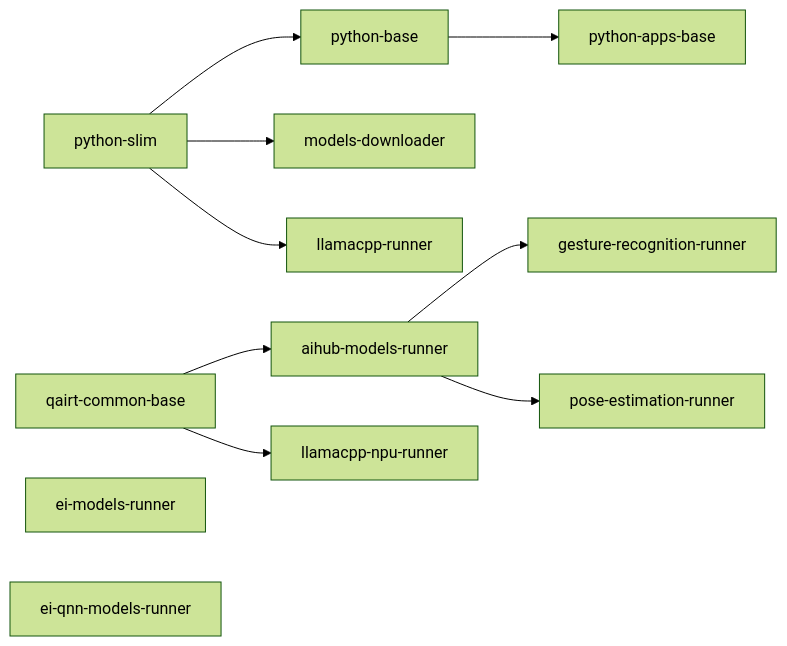
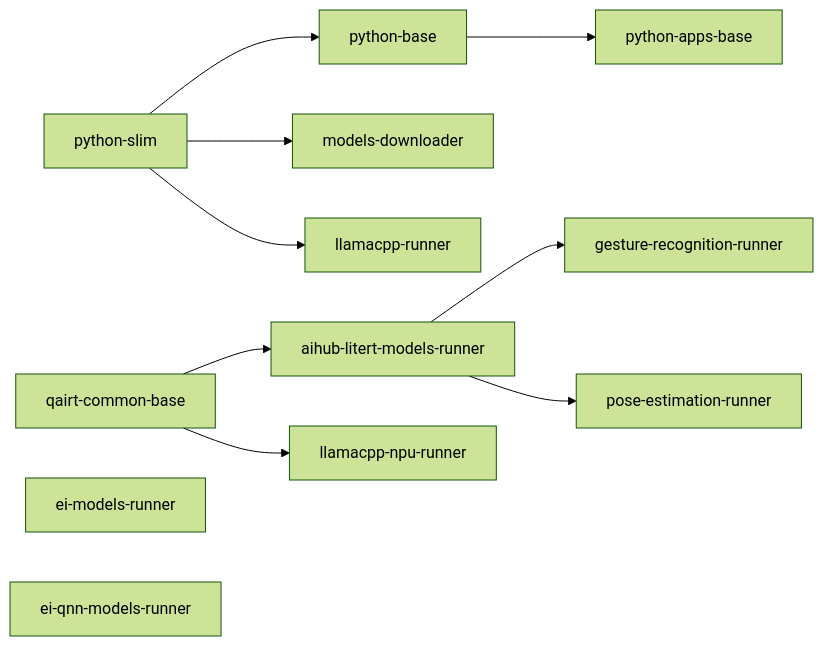
The diagram in containers/README.md (arduino/app-bricks-py), drawn with Mermaid (forest theme) before and after one commit. The commit also changed other lines of this file and 48 other files, not shown here.

````diff
--- a/containers/README.md
+++ b/containers/README.md
@@ -43,11 +43,11 @@
 ```mermaid
 graph LR
   slim[python-slim] --> base[python-base] --> apps[python-apps-base]
   slim --> dl[models-downloader]
   slim --> lcpp[llamacpp-runner]
-  qairt[qairt-common-base] --> aihub[aihub-models-runner] --> gesture[gesture-recognition-runner]
+  qairt[qairt-common-base] --> aihub[aihub-litert-models-runner] --> gesture[gesture-recognition-runner]
   aihub --> pose[pose-estimation-runner]
   qairt --> lcppnpu[llamacpp-npu-runner]
   ei[ei-models-runner]
   eiqnn[ei-qnn-models-runner]
 ```
````
